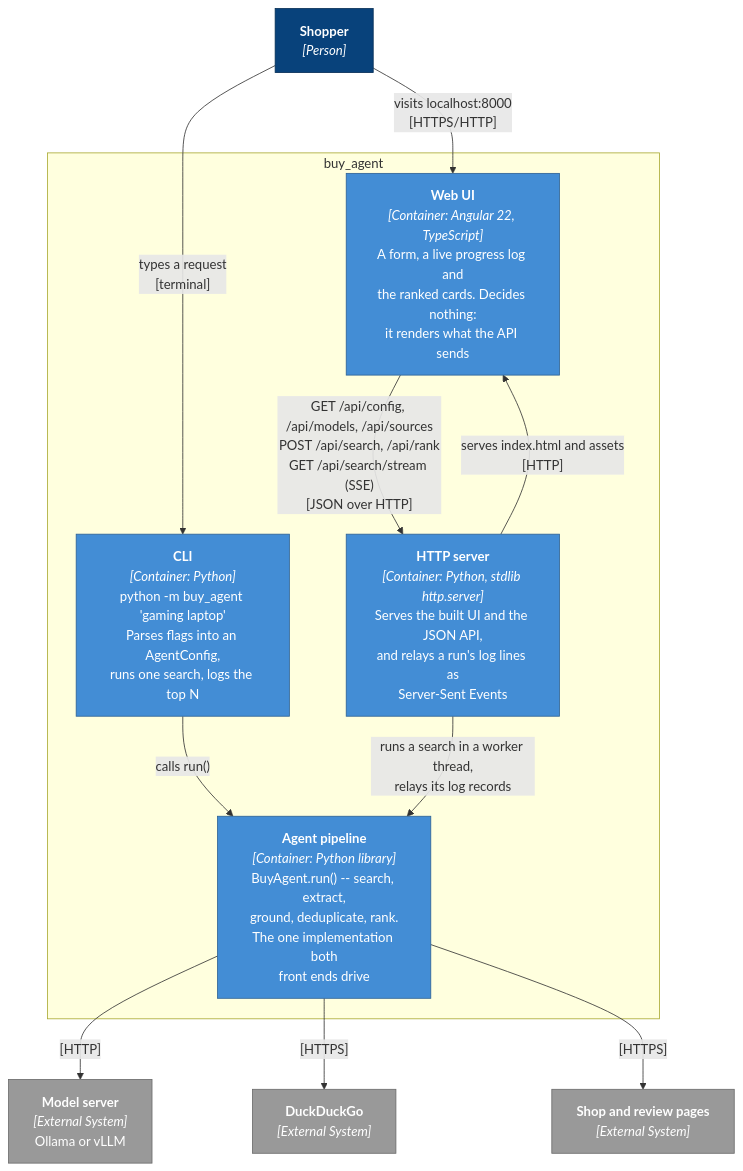
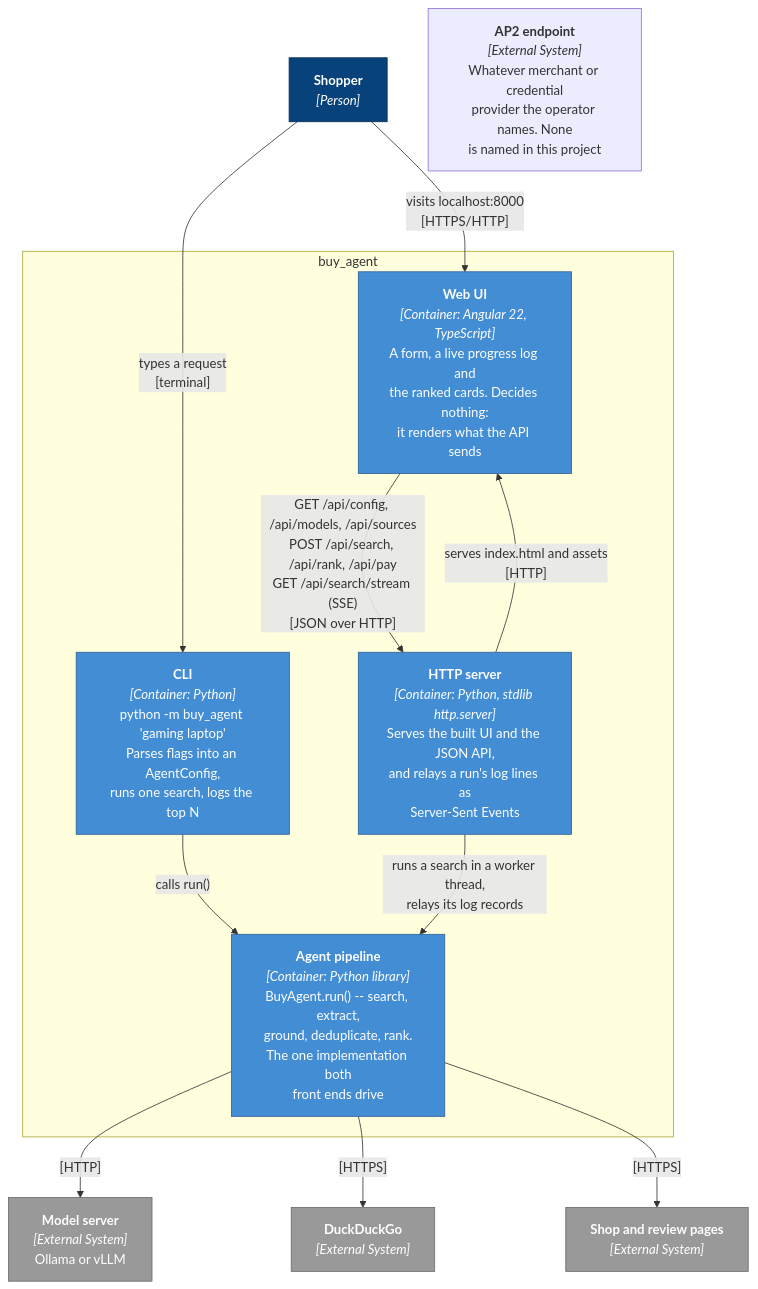
Before and after one commit to adamw7/buy_agent: the second of 5 diagrams in docs/architecture.md, drawn with Mermaid. The commit also changed other lines of this file and 39 other files, not shown here.

````diff
--- a/docs/architecture.md
+++ b/docs/architecture.md
@@ -53,34 +53,35 @@
 ```mermaid
 graph TB
     shopper["<b>Shopper</b><br/><i>[Person]</i>"]
 
     subgraph system["buy_agent"]
         cli["<b>CLI</b><br/><i>[Container: Python]</i><br/>python -m buy_agent 'gaming laptop'<br/>Parses flags into an AgentConfig,<br/>runs one search, logs the top N"]
         spa["<b>Web UI</b><br/><i>[Container: Angular 22, TypeScript]</i><br/>A form, a live progress log and<br/>the ranked cards. Decides nothing:<br/>it renders what the API sends"]
         server["<b>HTTP server</b><br/><i>[Container: Python, stdlib http.server]</i><br/>Serves the built UI and the JSON API,<br/>and relays a run's log lines as<br/>Server-Sent Events"]
         pipeline["<b>Agent pipeline</b><br/><i>[Container: Python library]</i><br/>BuyAgent.run() -- search, extract,<br/>ground, deduplicate, rank.<br/>The one implementation both<br/>front ends drive"]
     end
 
     ollama["<b>Model server</b><br/><i>[External System]</i><br/>Ollama or vLLM"]
     ddg["<b>DuckDuckGo</b><br/><i>[External System]</i>"]
     shops["<b>Shop and review pages</b><br/><i>[External System]</i>"]
+    counterparty["<b>AP2 endpoint</b><br/><i>[External System]</i><br/>Whatever merchant or credential<br/>provider the operator names. None<br/>is named in this project"]
 
     shopper -->|"types a request<br/>[terminal]"| cli
     shopper -->|"visits localhost:8000<br/>[HTTPS/HTTP]"| spa
 
-    spa -->|"GET /api/config, /api/models, /api/sources<br/>POST /api/search, /api/rank<br/>GET /api/search/stream (SSE)<br/>[JSON over HTTP]"| server
+    spa -->|"GET /api/config, /api/models, /api/sources<br/>POST /api/search, /api/rank, /api/pay<br/>GET /api/search/stream (SSE)<br/>[JSON over HTTP]"| server
     server -->|"serves index.html and assets<br/>[HTTP]"| spa
     cli -->|"calls run()"| pipeline
     server -->|"runs a search in a worker thread,<br/>relays its log records"| pipeline
 
     pipeline -->|"[HTTP]"| ollama
     pipeline -->|"[HTTPS]"| ddg
     pipeline -->|"[HTTPS]"| shops
 
     classDef person fill:#08427b,stroke:#052e56,color:#fff
     classDef container fill:#438dd5,stroke:#2e6295,color:#fff
     classDef external fill:#999,stroke:#6b6b6b,color:#fff
     class shopper person
     class cli,spa,server,pipeline container
     class ollama,ddg,shops external
 ```
````
